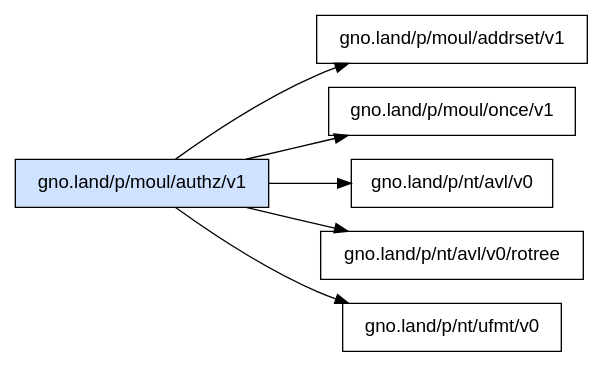
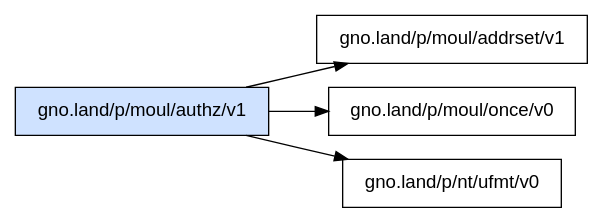
The diagram in _assets/gno.land/p/moul/authz/v1/deps.dot (moul/gno-contracts), drawn with Graphviz before and after one commit. The commit also changed 586 other files, not shown here.

Commit message:
chore: regenerate catalog + READMEs + graphs

```diff
--- a/_assets/gno.land/p/moul/authz/v1/deps.dot
+++ b/_assets/gno.land/p/moul/authz/v1/deps.dot
@@ -1,10 +1,8 @@
 digraph deps {
   rankdir=LR;
   node [shape=box, fontname="sans-serif"];
   "gno.land/p/moul/authz/v1" [style=filled, fillcolor="#cfe2ff"];
   "gno.land/p/moul/authz/v1" -> "gno.land/p/moul/addrset/v1";
-  "gno.land/p/moul/authz/v1" -> "gno.land/p/moul/once/v1";
-  "gno.land/p/moul/authz/v1" -> "gno.land/p/nt/avl/v0";
-  "gno.land/p/moul/authz/v1" -> "gno.land/p/nt/avl/v0/rotree";
+  "gno.land/p/moul/authz/v1" -> "gno.land/p/moul/once/v0";
   "gno.land/p/moul/authz/v1" -> "gno.land/p/nt/ufmt/v0";
 }
```
